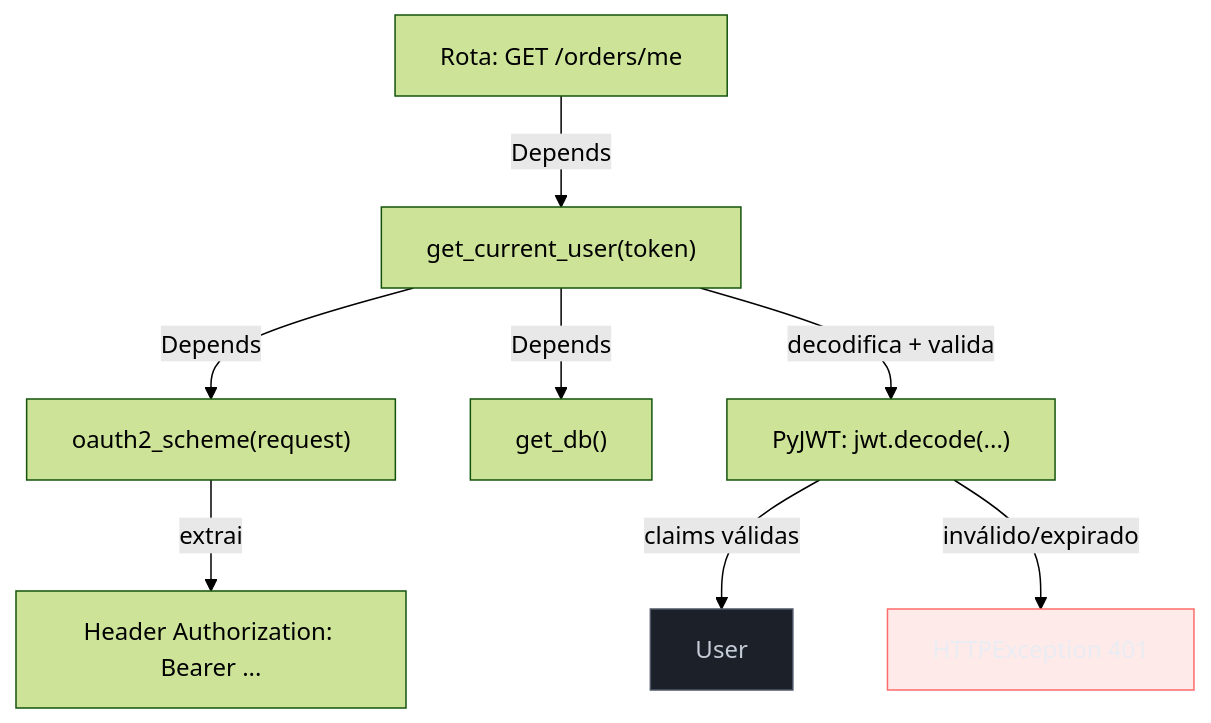
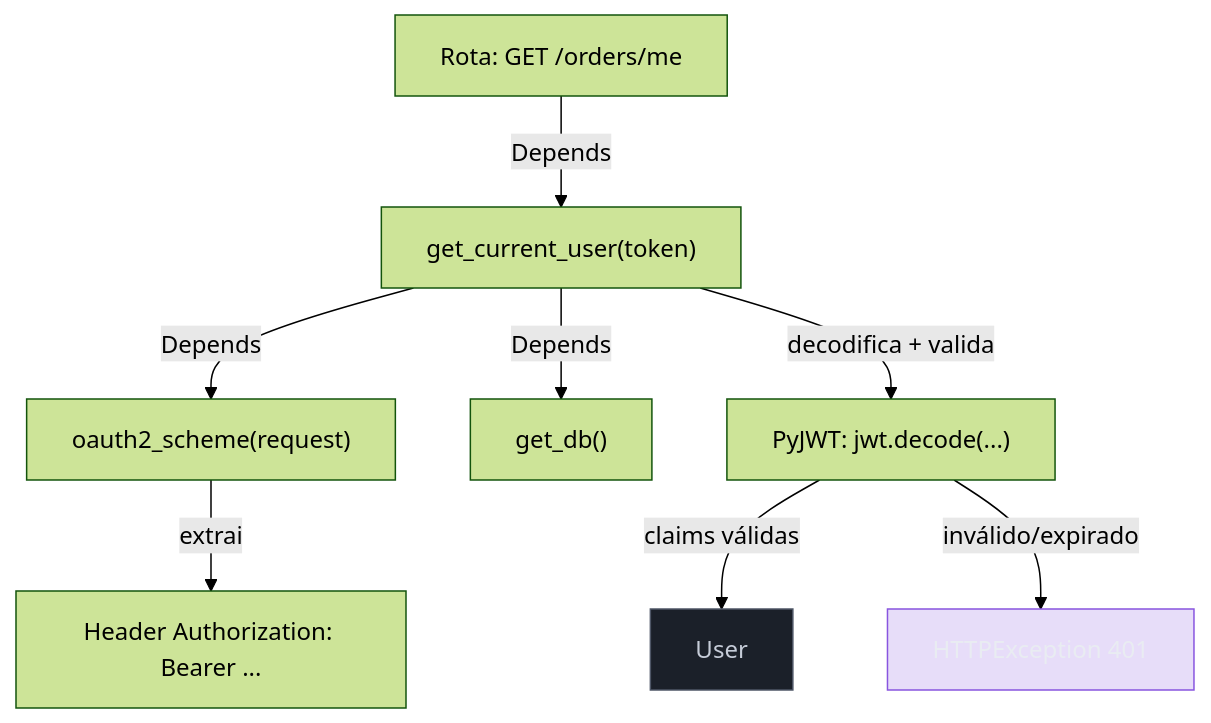
Before and after one commit to josenaldo/codex-technomanticus: the first of 4 diagrams in 03-Dominios/Engenharia/Auth e Identidade/4 - Auth nos stacks/03 - Python — FastAPI.md, drawn with Mermaid (forest theme). The commit also changed 601 other files, not shown here.

````diff
--- a/03-Dominios/Engenharia/Auth e Identidade/4 - Auth nos stacks/03 - Python — FastAPI.md
+++ b/03-Dominios/Engenharia/Auth e Identidade/4 - Auth nos stacks/03 - Python — FastAPI.md
@@ -52,15 +52,15 @@
 ```mermaid
 graph TD
-    classDef falha fill:#FF6B6B24,stroke:#FF6B6B,color:#E9ECF2
+    classDef marca fill:#8855DF33,stroke:#8855DF,color:#E9ECF2
     classDef neutro fill:#1B2029,stroke:#4E5666,color:#C6CCD8
     R["Rota: GET /orders/me"] -->|"Depends"| CU["get_current_user(token)"]
     CU -->|"Depends"| OS["oauth2_scheme(request)"]
     OS -->|"extrai"| H["Header Authorization: Bearer ..."]
     CU -->|"Depends"| DB["get_db()"]
     CU -->|"decodifica + valida"| JWT["PyJWT: jwt.decode(...)"]
     JWT -->|"claims válidas"| U["User"]
     JWT -->|"inválido/expirado"| ERR["HTTPException 401"]
 
-    class ERR falha
+    class ERR marca
     class U neutro
 ```
````
